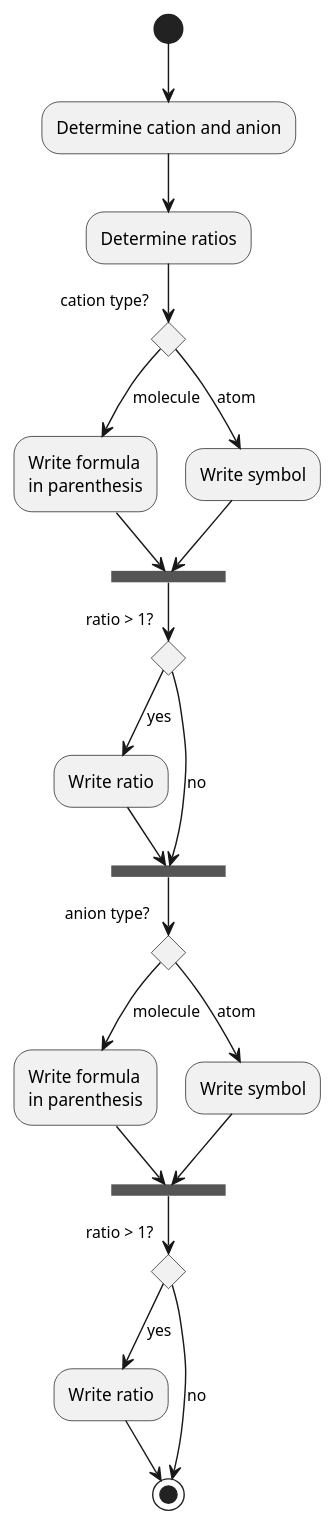
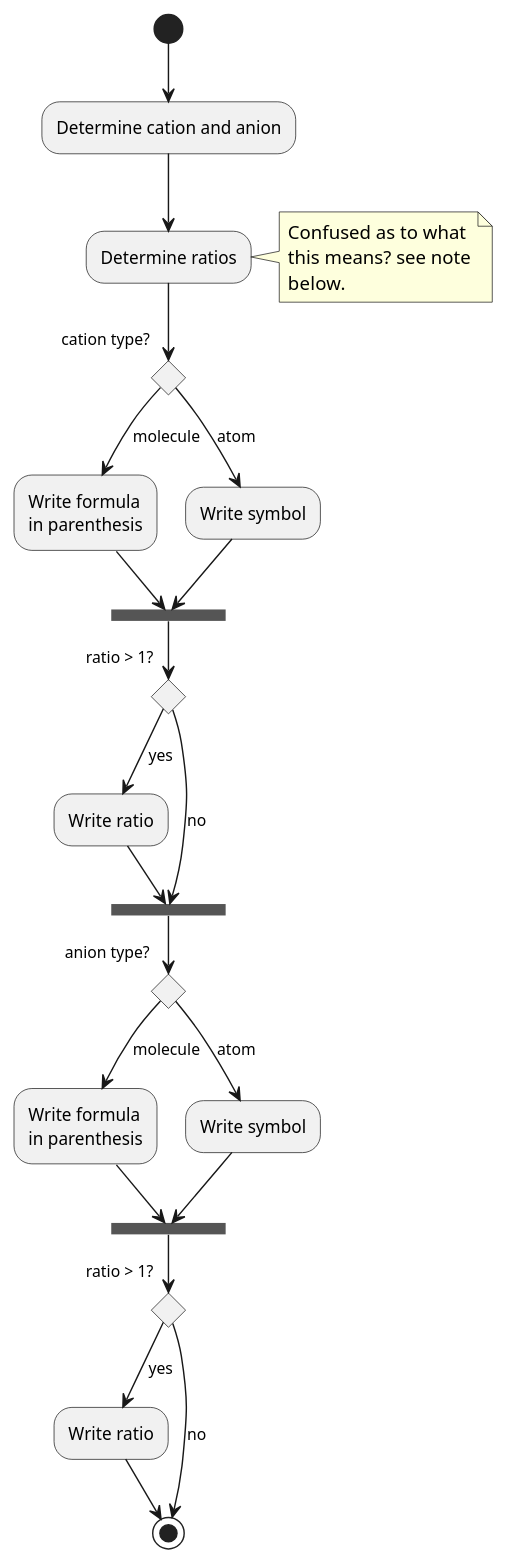
Before and after one commit to offbynull/learn: the eighth of 20 diagrams in Biology/input/input.md, drawn with PlantUML. The commit also changed other lines of this file and 3 other files, not shown here.

````diff
--- a/Biology/input/input.md
+++ b/Biology/input/input.md
@@ -674,37 +643,38 @@
 ```{plantuml}
 @startuml
 (*) --> "Determine cation and anion"
 --> "Determine ratios"
+note right: Confused as to what\nthis means? see note\nbelow.
 
 if "cation type?" then
     --> [molecule] "Write formula\nin parenthesis"
     --> ===CAT_WRITE===
 else
     --> [atom] "Write symbol"
     --> ===CAT_WRITE===
 endif
 
 if "ratio > 1?" then
     --> [yes] "Write ratio"
     --> ===CAT_WRITE_RATIO===
 else
     --> [no] ===CAT_WRITE_RATIO===
 endif
 
 if "anion type?" then
     --> [molecule] "Write formula\nin parenthesis&#8203;"
     --> ===AN_WRITE===
 else
     --> [atom] "Write symbol&#8203;"
     --> ===AN_WRITE===
 endif
 
 if "ratio > 1?" then
     --> [yes] "Write ratio&#8203;"
     --> (*)
 else
     --> [no] (*)
 endif
 
 @enduml
 ```
````
